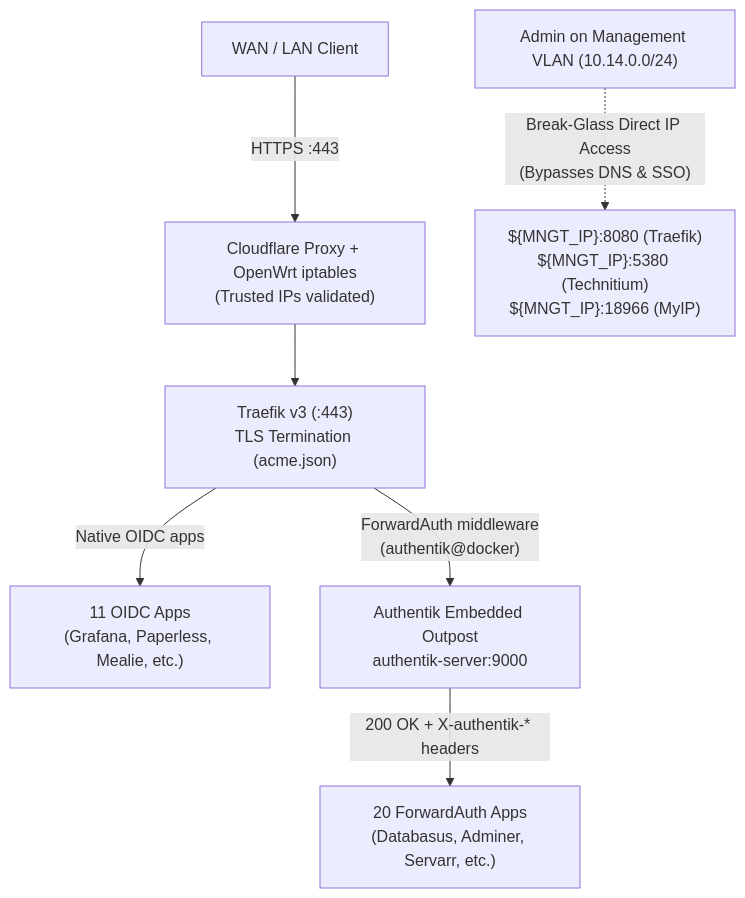
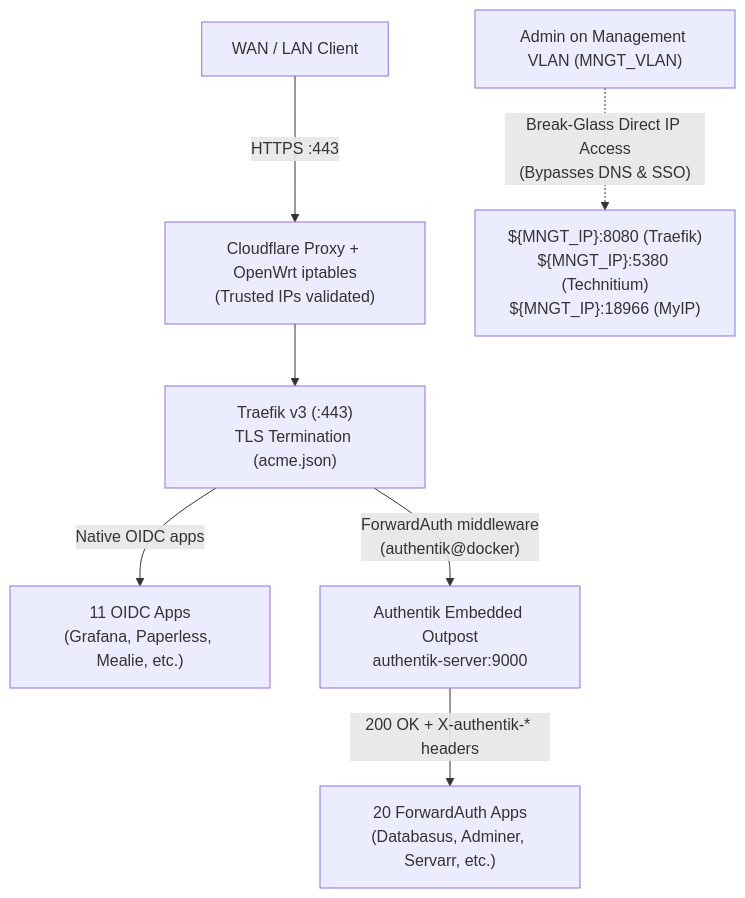
One commit to Dr20Ervin/205hlab changed the diagram in docs/runbooks/iam-and-ingress-recovery.md. Above: the diagram before and after it, drawn with Mermaid. The commit also changed other lines of this file and 9 other files, not shown here.

Commit message:
refactor: Update LAN and management VLAN references to use variable names

````diff
--- a/docs/runbooks/iam-and-ingress-recovery.md
+++ b/docs/runbooks/iam-and-ingress-recovery.md
@@ -12,10 +12,10 @@
 ```mermaid
 flowchart TD
     Client["WAN / LAN Client"] -->|HTTPS :443| CF["Cloudflare Proxy + OpenWrt iptables\n(Trusted IPs validated)"]
     CF --> Traefik["Traefik v3 (:443)\nTLS Termination (acme.json)"]
     Traefik -->|Native OIDC apps| AppsOIDC["11 OIDC Apps\n(Grafana, Paperless, Mealie, etc.)"]
     Traefik -->|"ForwardAuth middleware\n(authentik@docker)"| Outpost["Authentik Embedded Outpost\nauthentik-server:9000"]
     Outpost -->|200 OK + X-authentik-* headers| AppsFA["20 ForwardAuth Apps\n(Databasus, Adminer, Servarr, etc.)"]
 
-    Admin["Admin on Management VLAN (10.14.0.0/24)"] -.->|"Break-Glass Direct IP Access\n(Bypasses DNS & SSO)"| MNGT["${MNGT_IP}:8080 (Traefik)\n${MNGT_IP}:5380 (Technitium)\n${MNGT_IP}:18966 (MyIP)"]
+    Admin["Admin on Management VLAN (MNGT_VLAN)"] -.->|"Break-Glass Direct IP Access\n(Bypasses DNS & SSO)"| MNGT["${MNGT_IP}:8080 (Traefik)\n${MNGT_IP}:5380 (Technitium)\n${MNGT_IP}:18966 (MyIP)"]
 ```
````
